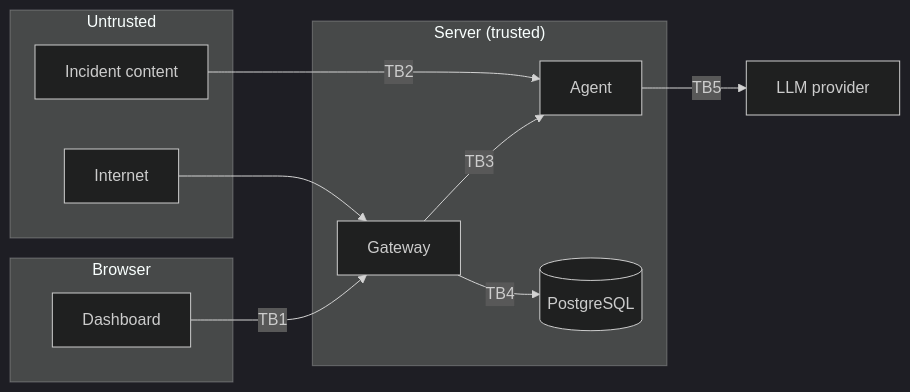
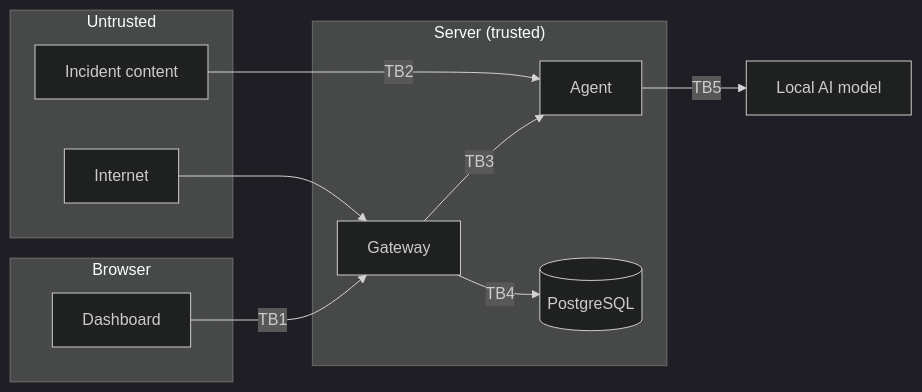
The diagram in docs/THREAT_MODEL.md (mKs2609/casewright), drawn with Mermaid (dark theme) before and after one commit. The commit also changed other lines of this file and 33 other files, not shown here.

First line of the commit message:
Let a local model choose the investigation steps

````diff
--- a/docs/THREAT_MODEL.md
+++ b/docs/THREAT_MODEL.md
@@ -30,22 +30,22 @@
 ```mermaid
 flowchart LR
     subgraph Untrusted
       X[Incident content]
       I[Internet]
     end
     subgraph Browser
       D[Dashboard]
     end
     subgraph Server["Server (trusted)"]
       G[Gateway]
       A[Agent]
       DB[(PostgreSQL)]
     end
-    L[LLM provider]
+    L[Local AI model]
     I --> G
     D -- TB1 --> G
     X -- TB2 --> A
     G -- TB3 --> A
     G -- TB4 --> DB
     A -- TB5 --> L
 ```
````
